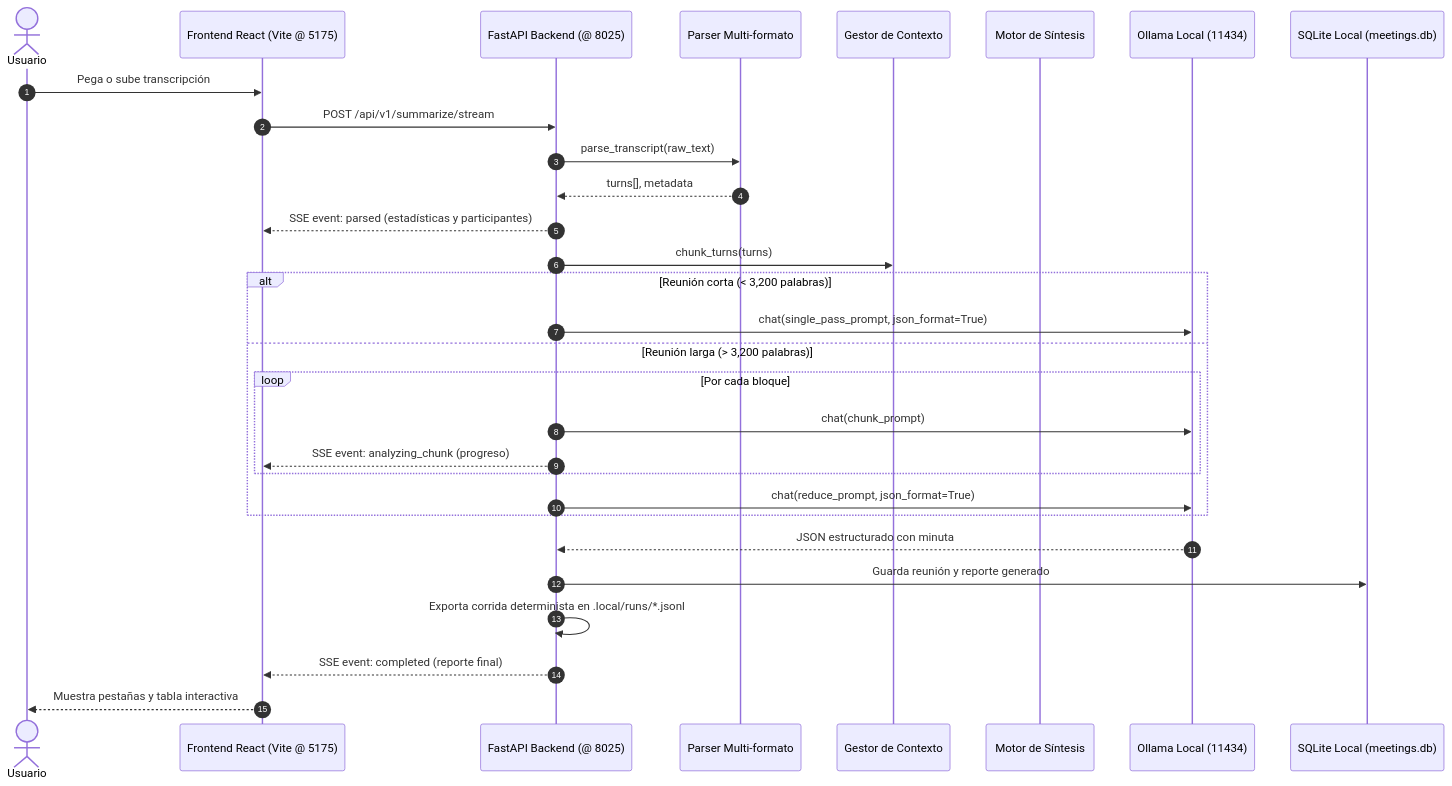
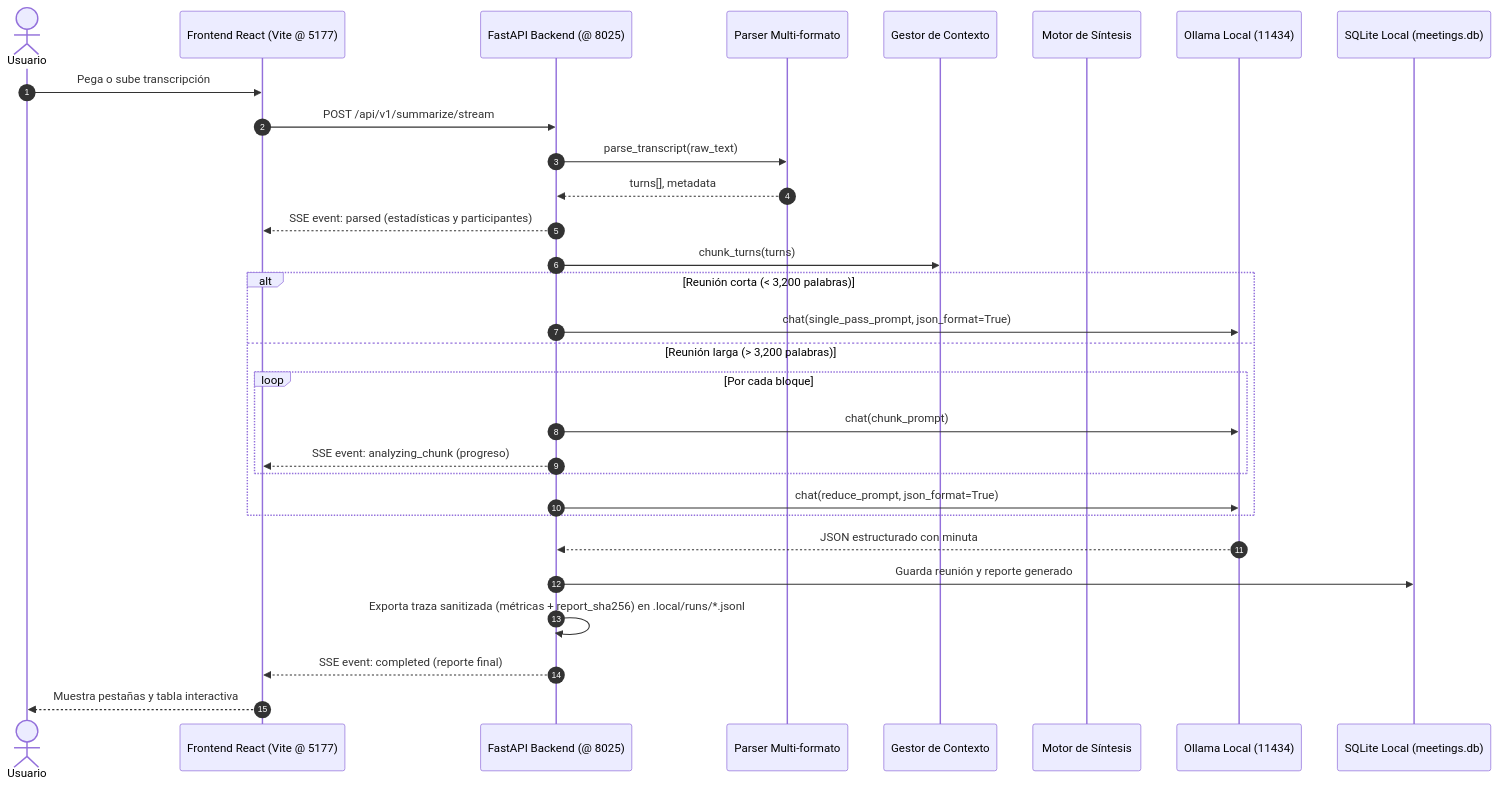
The diagram in 25-meeting-summarizer/docs/humano/ARCHITECTURE.md (Cristrva1/BL_Loops), drawn with Mermaid before and after one commit. The commit also changed 249 other files, not shown here.

````diff
--- a/25-meeting-summarizer/docs/humano/ARCHITECTURE.md
+++ b/25-meeting-summarizer/docs/humano/ARCHITECTURE.md
@@ -7,34 +7,34 @@
 ```mermaid
 sequenceDiagram
     autonumber
     actor Usuario
-    participant UI as Frontend React (Vite @ 5175)
+    participant UI as Frontend React (Vite @ 5177)
     participant API as FastAPI Backend (@ 8025)
     participant Parser as Parser Multi-formato
     participant Chunker as Gestor de Contexto
     participant Engine as Motor de Síntesis
     participant Ollama as Ollama Local (11434)
     participant DB as SQLite Local (meetings.db)
 
     Usuario->>UI: Pega o sube transcripción
     UI->>API: POST /api/v1/summarize/stream
     API->>Parser: parse_transcript(raw_text)
     Parser-->>API: turns[], metadata
     API-->>UI: SSE event: parsed (estadísticas y participantes)
     
     API->>Chunker: chunk_turns(turns)
     alt Reunión corta (< 3,200 palabras)
         API->>Ollama: chat(single_pass_prompt, json_format=True)
     else Reunión larga (> 3,200 palabras)
         loop Por cada bloque
             API->>Ollama: chat(chunk_prompt)
             API-->>UI: SSE event: analyzing_chunk (progreso)
         end
         API->>Ollama: chat(reduce_prompt, json_format=True)
     end
     Ollama-->>API: JSON estructurado con minuta
     API->>DB: Guarda reunión y reporte generado
-    API->>API: Exporta corrida determinista en .local/runs/*.jsonl
+    API->>API: Exporta traza sanitizada (métricas + report_sha256) en .local/runs/*.jsonl
     API-->>UI: SSE event: completed (reporte final)
     UI-->>Usuario: Muestra pestañas y tabla interactiva
 ```
````
